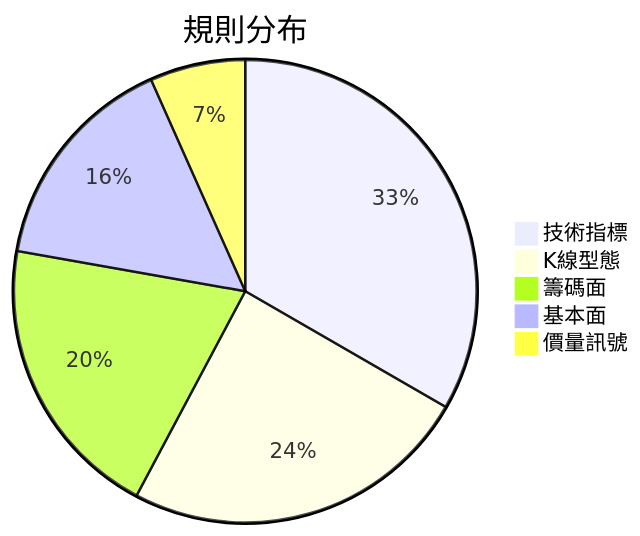
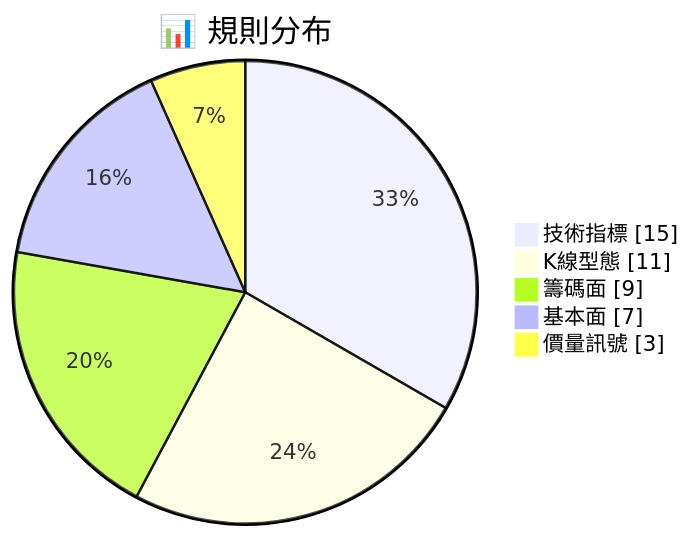
One commit to Neal75418/afterclose changed the fourth of 4 diagrams in README.md. Above: the diagram before and after it, drawn with Mermaid. The commit also changed other lines of this file and 2 other files, not shown here.

First line of the commit message:
docs: 更新規則引擎文件與流程圖

````diff
--- a/README.md
+++ b/README.md
@@ -174,8 +148,8 @@
 ```mermaid
-pie title 規則分布
+pie showData title 📊 規則分布
     "技術指標" : 15
     "K線型態" : 11
     "籌碼面" : 9
     "基本面" : 7
     "價量訊號" : 3
 ```
````
